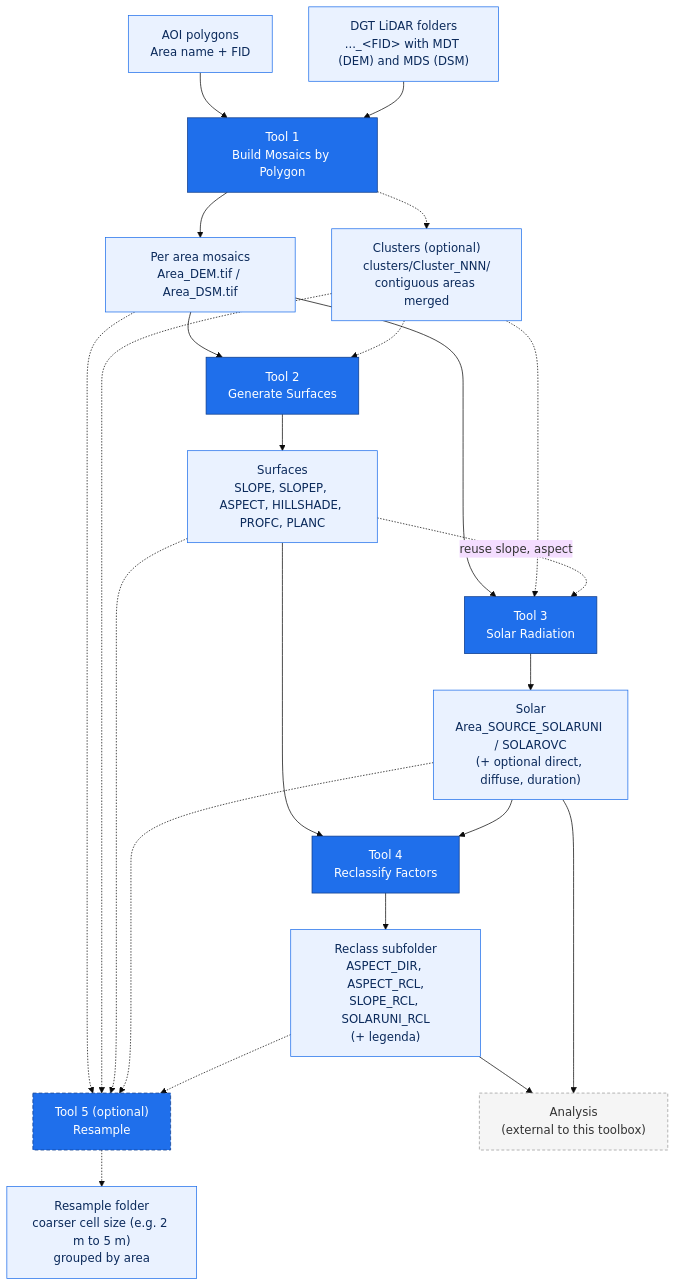
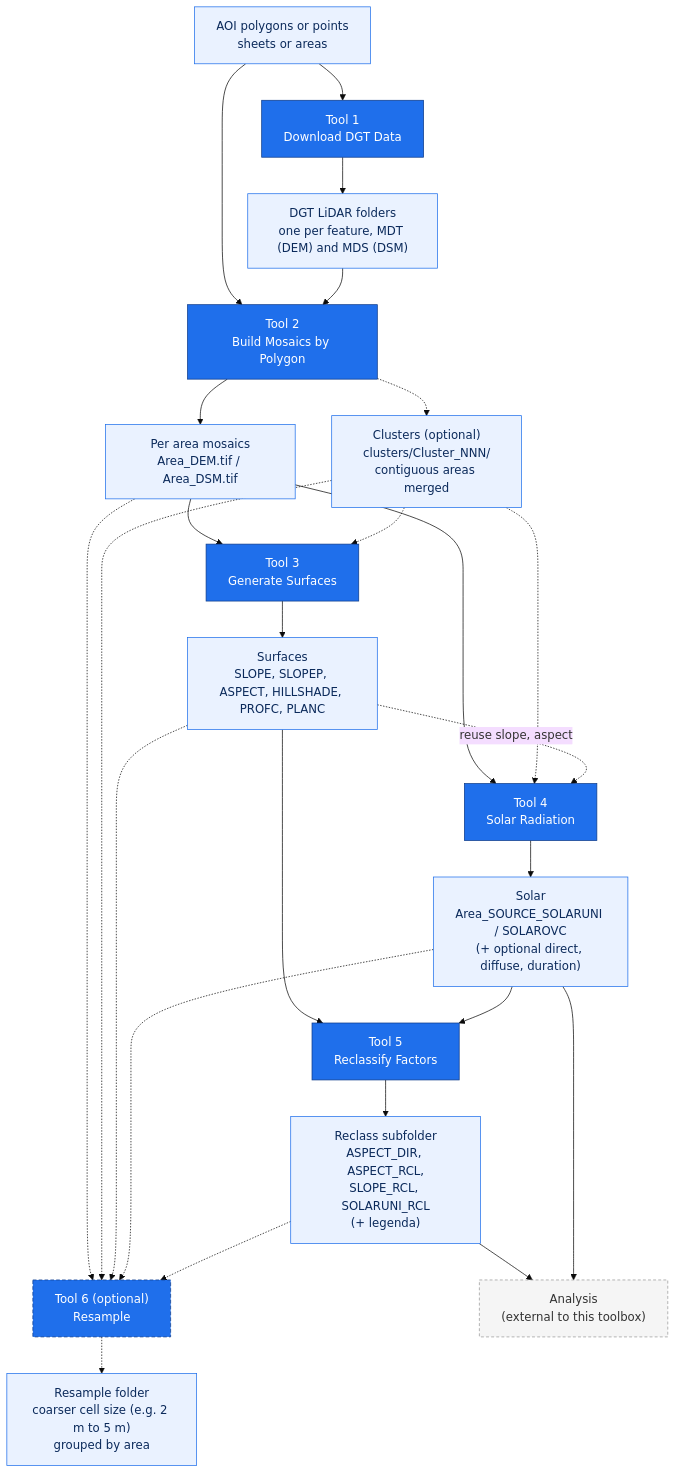
Before and after one commit to PedroMMGoncalves/lidar-terrain-arcgis-tools: the diagram in README.md, drawn with Mermaid (base theme). The commit also changed other lines of this file and 1 other file, not shown here.

First line of the commit message:
Add Tool 1 Download DGT Data and renumber the pipeline

````diff
--- a/README.md
+++ b/README.md
@@ -42,37 +43,38 @@
 ```mermaid
 flowchart TD
-    AOI["AOI polygons<br/>Area name + FID"]
-    LID["DGT LiDAR folders<br/>..._&lt;FID&gt; with MDT (DEM) and MDS (DSM)"]
+    AOI["AOI polygons or points<br/>sheets or areas"]
+    AOI --> TDL["Tool 1<br/>Download DGT Data"]
+    TDL --> LID["DGT LiDAR folders<br/>one per feature, MDT (DEM) and MDS (DSM)"]
     AOI --> T1
     LID --> T1
-    T1["Tool 1<br/>Build Mosaics by Polygon"]
+    T1["Tool 2<br/>Build Mosaics by Polygon"]
     T1 --> M["Per area mosaics<br/>Area_DEM.tif / Area_DSM.tif"]
     T1 -.-> CL["Clusters (optional)<br/>clusters/Cluster_NNN/<br/>contiguous areas merged"]
-    M --> T2["Tool 2<br/>Generate Surfaces"]
-    M --> T3["Tool 3<br/>Solar Radiation"]
-    M -.-> T5["Tool 5 (optional)<br/>Resample"]
+    M --> T2["Tool 3<br/>Generate Surfaces"]
+    M --> T3["Tool 4<br/>Solar Radiation"]
+    M -.-> T5["Tool 6 (optional)<br/>Resample"]
     CL -.-> T2
     CL -.-> T3
     CL -.-> T5
     T2 --> S["Surfaces<br/>SLOPE, SLOPEP, ASPECT, HILLSHADE, PROFC, PLANC"]
     S -.->|reuse slope, aspect| T3
     T3 --> SOL["Solar<br/>Area_SOURCE_SOLARUNI / SOLAROVC<br/>(+ optional direct, diffuse, duration)"]
     T5 -.-> RS["Resample folder<br/>coarser cell size (e.g. 2 m to 5 m)<br/>grouped by area"]
     S -.-> T5
     SOL -.-> T5
     RCL -.-> T5
-    S --> T4["Tool 4<br/>Reclassify Factors"]
+    S --> T4["Tool 5<br/>Reclassify Factors"]
     SOL --> T4
     T4 --> RCL["Reclass subfolder<br/>ASPECT_DIR, ASPECT_RCL,<br/>SLOPE_RCL, SOLARUNI_RCL<br/>(+ legenda)"]
     RCL --> EXT["Analysis<br/>(external to this toolbox)"]
     SOL --> EXT
 
     classDef tool fill:#1f6feb,stroke:#0d3b8a,color:#ffffff;
     classDef opttool fill:#1f6feb,stroke:#0d3b8a,color:#ffffff,stroke-dasharray:5 3;
     classDef data fill:#eaf2ff,stroke:#1f6feb,color:#0b2a5b;
     classDef ext fill:#f5f5f5,stroke:#999999,color:#333333,stroke-dasharray:4 3;
-    class T1,T2,T3,T4 tool;
+    class TDL,T1,T2,T3,T4 tool;
     class T5 opttool;
     class AOI,LID,M,S,SOL,RCL,RS,CL data;
     class EXT ext;
 ```
````
